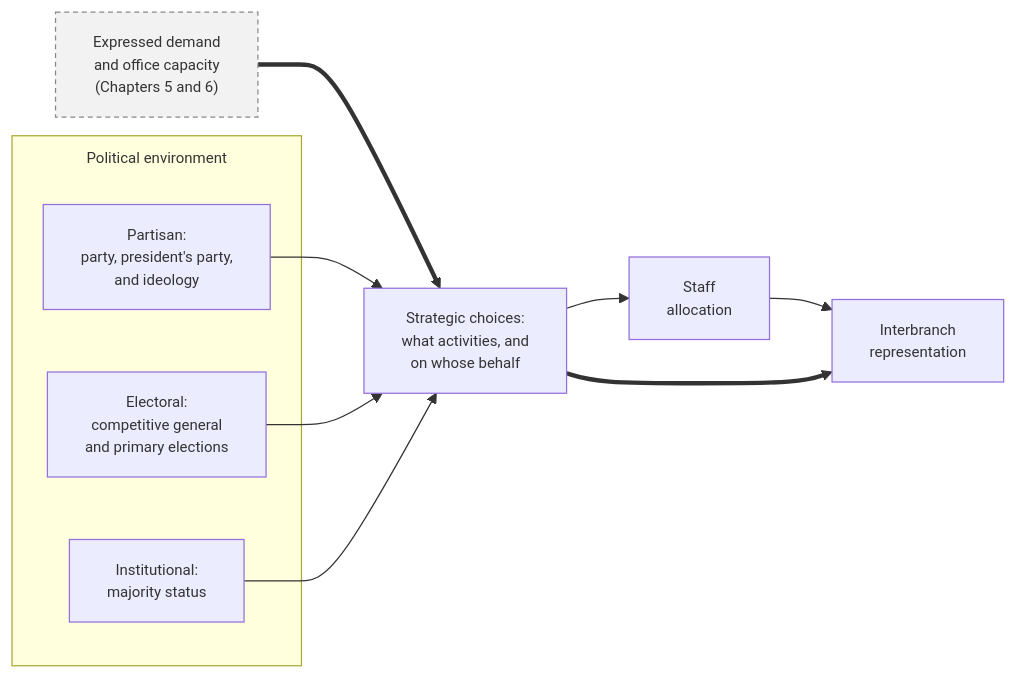
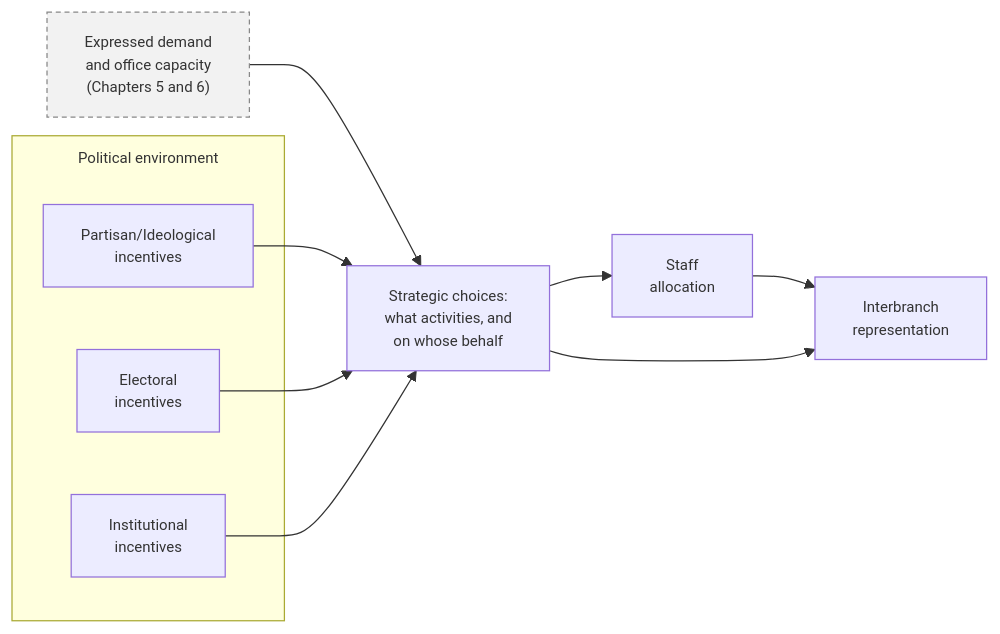
One commit to judgelord/cor-book changed the fourth of 6 diagrams in causal.qmd. Above: the diagram before and after it, drawn with Mermaid. The commit also changed other lines of this file, not shown here.

````diff
--- a/causal.qmd
+++ b/causal.qmd
@@ -157,22 +153,22 @@
 ```{mermaid}
 %%{init: {"themeVariables": {"fontSize": "12px"}, "flowchart": {"subGraphTitleMargin": {"top": 10, "bottom": 10}, "htmlLabels": false}}}%%
 flowchart LR
     D["Expressed demand<br/>and office capacity<br/>(Chapters 5 and 6)"]
     subgraph env ["Political environment"]
-        PI["Partisan:<br/>party, president's party,<br/>and ideology"]
-        EL["Electoral:<br/>competitive general<br/>and primary elections"]
-        MJ["Institutional:<br/>majority status"]
+        PI["Partisan/Ideological<br/>incentives"]
+        EL["Electoral<br/>incentives"]
+        MJ["Institutional<br/>incentives"]
     end
     O["Strategic choices:<br/>what activities, and<br/>on whose behalf"]
     SA["Staff<br/>allocation"]
     W["Interbranch<br/>representation"]
-    D ==> O
+    D --> O
     PI --> O
     EL --> O
     MJ --> O
     O --> SA
     SA --> W
-    O ==> W
+    O --> W
     classDef demand fill:#f2f2f2,stroke:#888,stroke-dasharray: 4 3
     class D demand
 ```
````
